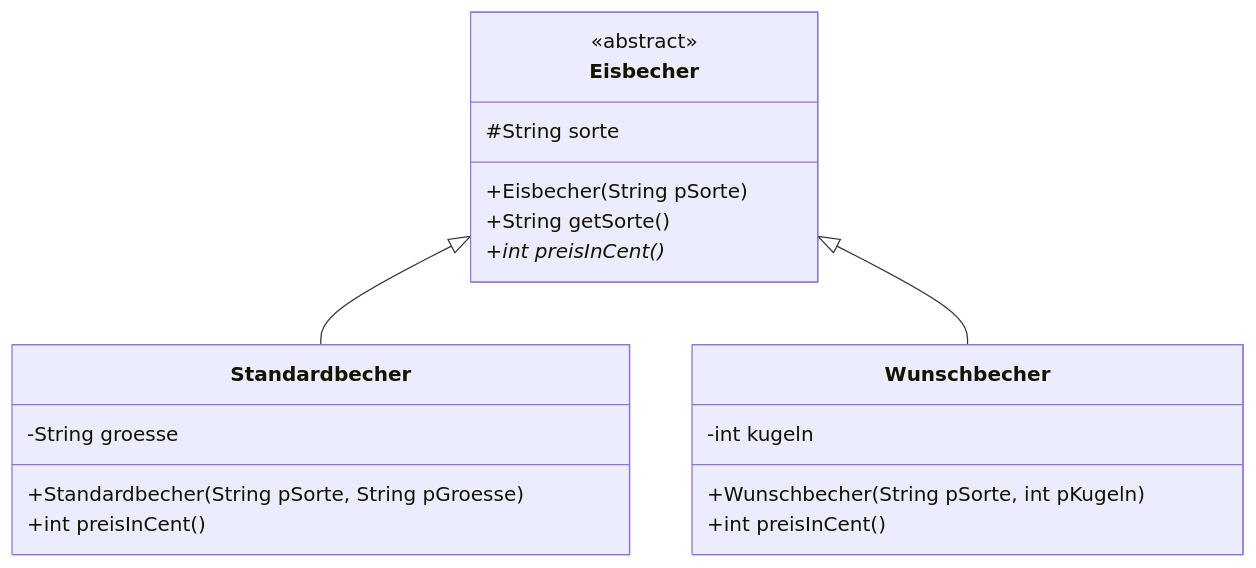
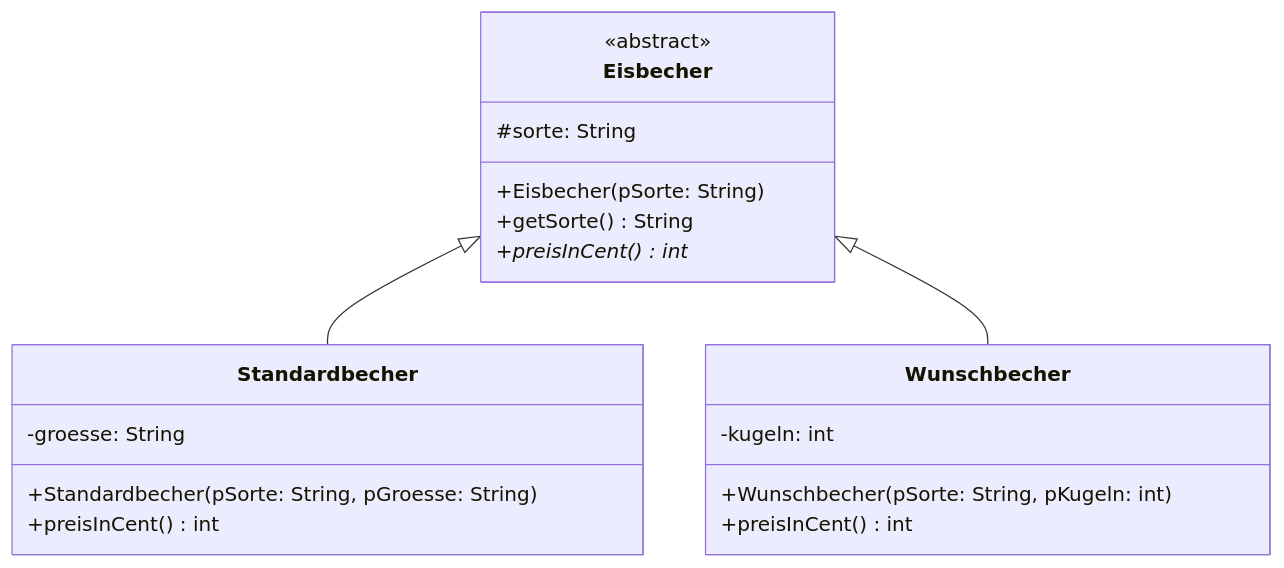
The third of 3 diagrams in book/oberstufe/oop/02-erweiterungen/01-vertiefte-objektorientierung/05-abstrakte-klassen.md (openpatch/hyperbook-informatik), drawn with Mermaid before and after one commit. The commit also changed other lines of this file and 19 other files, not shown here.

Commit message:
richtige implementationsdiagramme

````diff
--- a/book/oberstufe/oop/02-erweiterungen/01-vertiefte-objektorientierung/05-abstrakte-klassen.md
+++ b/book/oberstufe/oop/02-erweiterungen/01-vertiefte-objektorientierung/05-abstrakte-klassen.md
@@ -713,22 +713,22 @@
 ```mermaid
 classDiagram
     class Eisbecher {
         <<abstract>>
-        #String sorte
-        +Eisbecher(String pSorte)
-        +String getSorte()
-        +int preisInCent()*
+        #sorte: String
+        +Eisbecher(pSorte: String)
+        +getSorte() String
+        +preisInCent() int*
     }
     class Standardbecher {
-        -String groesse
-        +Standardbecher(String pSorte, String pGroesse)
-        +int preisInCent()
+        -groesse: String
+        +Standardbecher(pSorte: String, pGroesse: String)
+        +preisInCent() int
     }
     class Wunschbecher {
-        -int kugeln
-        +Wunschbecher(String pSorte, int pKugeln)
-        +int preisInCent()
+        -kugeln: int
+        +Wunschbecher(pSorte: String, pKugeln: int)
+        +preisInCent() int
     }
     Eisbecher <|-- Standardbecher
     Eisbecher <|-- Wunschbecher
 ```
````
